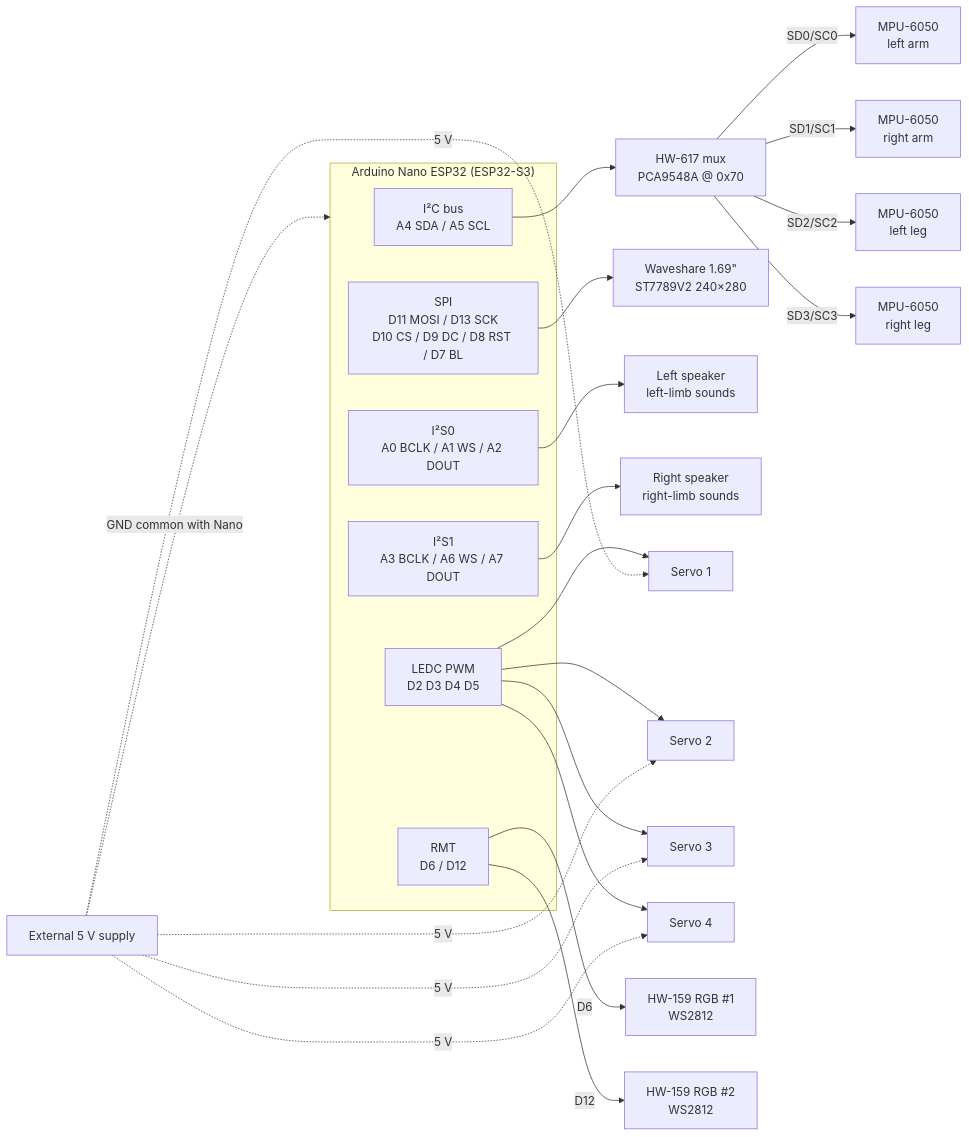
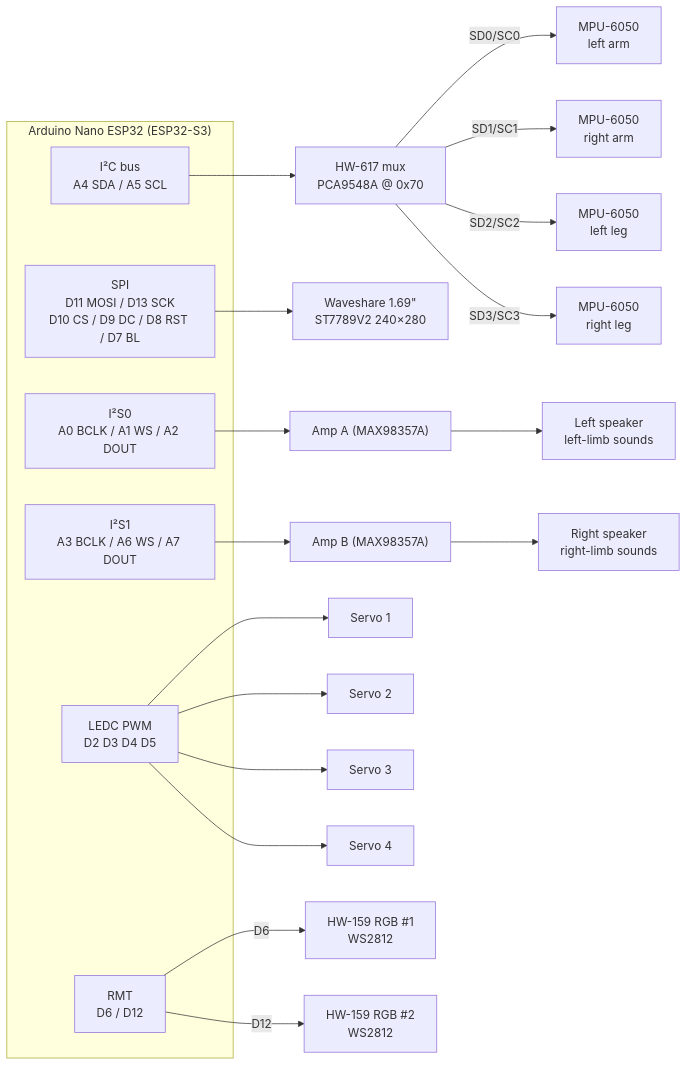
The second of 2 diagrams in README.md (melucasleite/mark85), drawn with Mermaid before and after one commit. The commit also changed other lines of this file, not shown here.

First line of the commit message:
README: LiPo 2S power architecture, fuses, and full per-module wiring

````diff
--- a/README.md
+++ b/README.md
@@ -56,33 +193,30 @@
 ```mermaid
 graph LR
     subgraph NANO["Arduino Nano ESP32 (ESP32-S3)"]
         I2C["I²C bus<br/>A4 SDA / A5 SCL"]
         SPI["SPI<br/>D11 MOSI / D13 SCK<br/>D10 CS / D9 DC / D8 RST / D7 BL"]
         I2S0["I²S0<br/>A0 BCLK / A1 WS / A2 DOUT"]
         I2S1["I²S1<br/>A3 BCLK / A6 WS / A7 DOUT"]
         PWM["LEDC PWM<br/>D2 D3 D4 D5"]
         RMT["RMT<br/>D6 / D12"]
     end
 
     I2C --> MUX["HW-617 mux<br/>PCA9548A @ 0x70"]
     MUX -- "SD0/SC0" --> IMU0["MPU-6050<br/>left arm"]
     MUX -- "SD1/SC1" --> IMU1["MPU-6050<br/>right arm"]
     MUX -- "SD2/SC2" --> IMU2["MPU-6050<br/>left leg"]
     MUX -- "SD3/SC3" --> IMU3["MPU-6050<br/>right leg"]
 
     SPI --> LCD["Waveshare 1.69&quot;<br/>ST7789V2 240×280"]
 
-    I2S0 --> AUDA["Left speaker<br/>left-limb sounds"]
-    I2S1 --> AUDB["Right speaker<br/>right-limb sounds"]
+    I2S0 --> AMPA["Amp A (MAX98357A)"] --> SPKL["Left speaker<br/>left-limb sounds"]
+    I2S1 --> AMPB["Amp B (MAX98357A)"] --> SPKR["Right speaker<br/>right-limb sounds"]
 
     PWM --> S1["Servo 1"]
     PWM --> S2["Servo 2"]
     PWM --> S3["Servo 3"]
     PWM --> S4["Servo 4"]
 
     RMT -- "D6" --> RGB1["HW-159 RGB #1<br/>WS2812"]
     RMT -- "D12" --> RGB2["HW-159 RGB #2<br/>WS2812"]
-
-    PSU["External 5 V supply"] -.->|"5 V"| S1 & S2 & S3 & S4
-    PSU -.->|"GND common with Nano"| NANO
 ```
````
